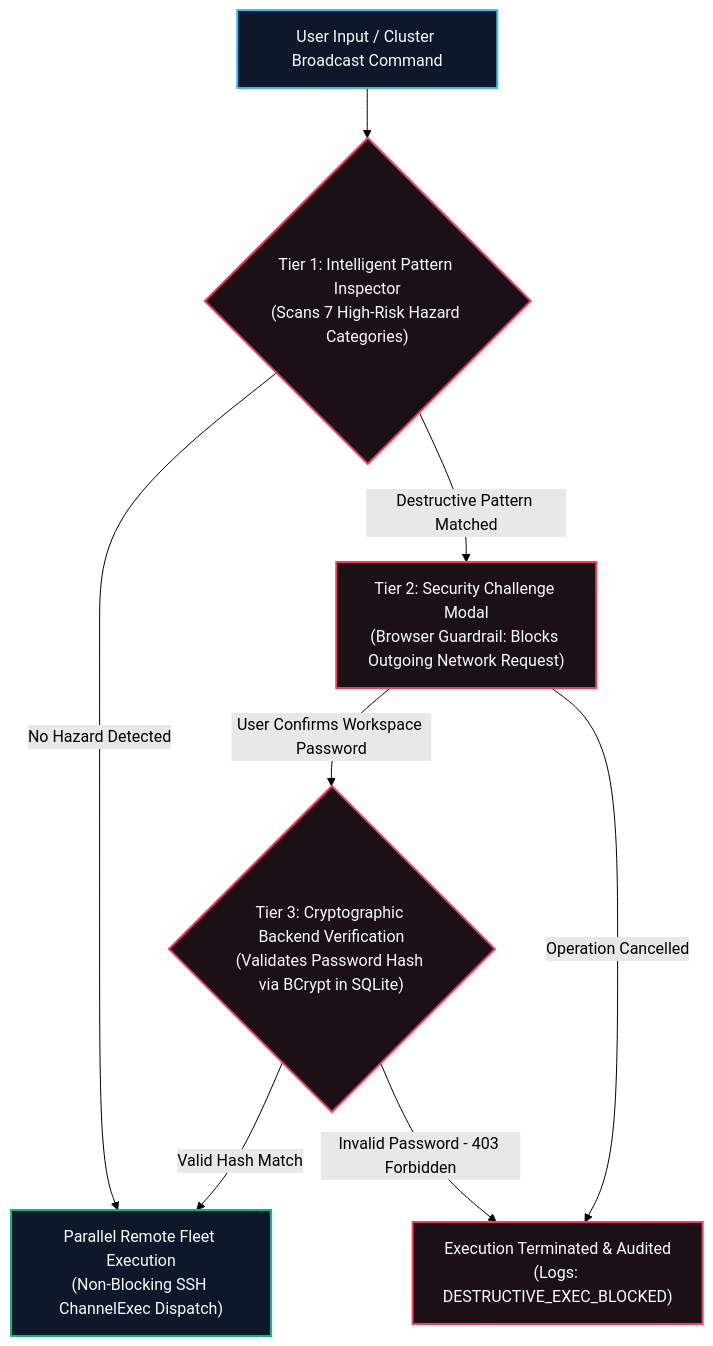
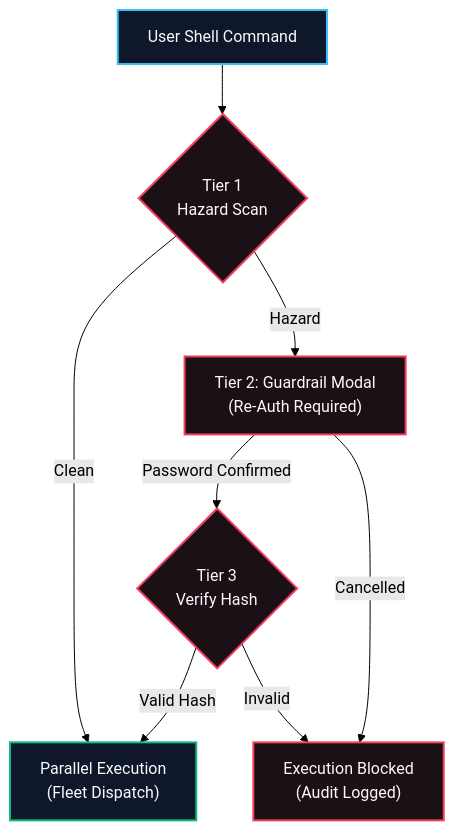
One commit to Sabnish776/CyberOps changed the second of 2 diagrams in README.md. Above: the diagram before and after it, drawn with Mermaid (forest theme). The commit also changed other lines of this file, not shown here.

Commit message:
fix(docs): apply clean multi-line wrapping to main architecture diagram and fix section anchors

````diff
--- a/README.md
+++ b/README.md
@@ -176,21 +180,21 @@
 ```mermaid
 flowchart TD
     classDef input fill:#0f172a,stroke:#38bdf8,stroke-width:2px,color:#f8fafc;
     classDef hazard fill:#1c1017,stroke:#f43f5e,stroke-width:2px,color:#f8fafc;
     classDef safe fill:#0f172a,stroke:#10b981,stroke-width:2px,color:#f8fafc;
 
-    CMD["User Input / Cluster Broadcast Command"]:::input
-    T1{"Tier 1: Intelligent Pattern Inspector\n(Scans 7 High-Risk Hazard Categories)"}:::hazard
-    T2["Tier 2: Security Challenge Modal\n(Browser Guardrail: Blocks Outgoing Network Request)"]:::hazard
-    T3{"Tier 3: Cryptographic Backend Verification\n(Validates Password Hash via BCrypt in SQLite)"}:::hazard
-    EXEC["Parallel Remote Fleet Execution\n(Non-Blocking SSH ChannelExec Dispatch)"]:::safe
-    BLOCK["Execution Terminated & Audited\n(Logs: DESTRUCTIVE_EXEC_BLOCKED)"]:::hazard
+    CMD["User Shell Command"]:::input
+    T1{"Tier 1<br/>Hazard Scan"}:::hazard
+    T2["Tier 2: Guardrail Modal<br/>(Re-Auth Required)"]:::hazard
+    T3{"Tier 3<br/>Verify Hash"}:::hazard
+    EXEC["Parallel Execution<br/>(Fleet Dispatch)"]:::safe
+    BLOCK["Execution Blocked<br/>(Audit Logged)"]:::hazard
 
     CMD --> T1
-    T1 -->|No Hazard Detected| EXEC
-    T1 -->|Destructive Pattern Matched| T2
-    T2 -->|User Confirms Workspace Password| T3
-    T2 -->|Operation Cancelled| BLOCK
-    T3 -->|Valid Hash Match| EXEC
-    T3 -->|Invalid Password - 403 Forbidden| BLOCK
+    T1 -->|Clean| EXEC
+    T1 -->|Hazard| T2
+    T2 -->|Password Confirmed| T3
+    T2 -->|Cancelled| BLOCK
+    T3 -->|Valid Hash| EXEC
+    T3 -->|Invalid| BLOCK
 ```
````
